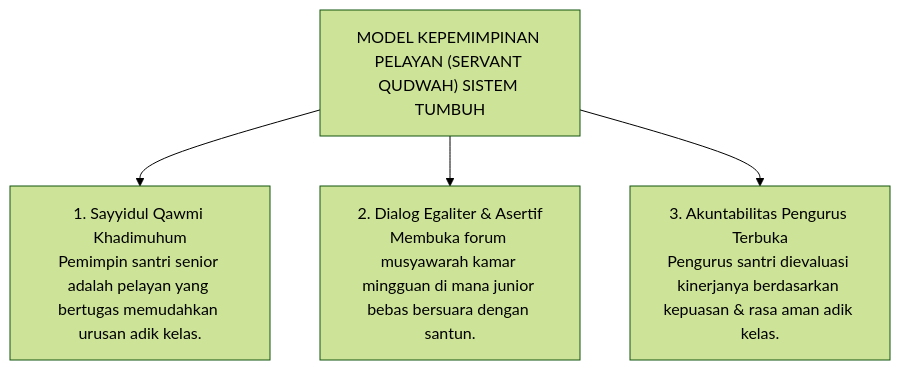
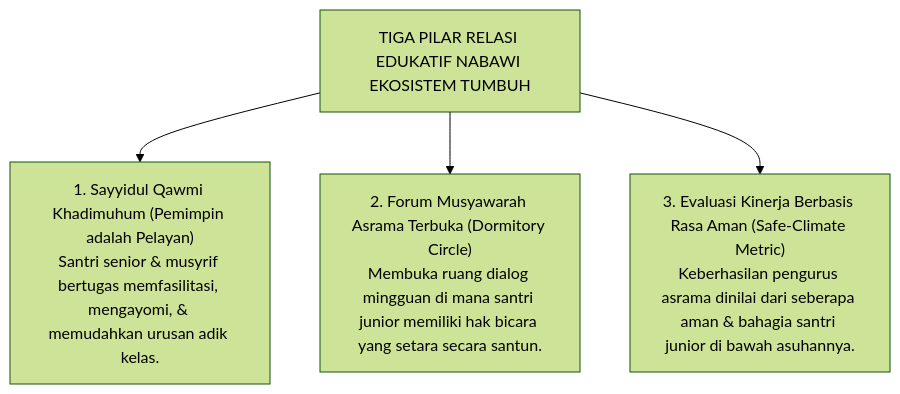
The third of 3 diagrams in BOOK-SERIES/Volume-01/Bab-04-Kritik-Feodalisme-dan-Distorsi-Tawadhu/01-Dekonstruksi-Relasi-Kuasa-Asimetris.md (wandiapriliyandi/tumbuh), drawn with Mermaid (forest theme) before and after one commit. The commit also changed other lines of this file and 24 other files, not shown here.

Commit message:
feat(book-01): perkaya dan perdalam seluruh isi subbab bab 02 s.d. 07 dengan elaborasi komprehensif, analisis mendalam, dan diagram alur lengkap

````diff
--- a/BOOK-SERIES/Volume-01/Bab-04-Kritik-Feodalisme-dan-Distorsi-Tawadhu/01-Dekonstruksi-Relasi-Kuasa-Asimetris.md
+++ b/BOOK-SERIES/Volume-01/Bab-04-Kritik-Feodalisme-dan-Distorsi-Tawadhu/01-Dekonstruksi-Relasi-Kuasa-Asimetris.md
@@ -68,10 +80,10 @@
 ```mermaid
 graph TD
-    RootServant["MODEL KEPEMIMPINAN PELAYAN (SERVANT QUDWAH) SISTEM TUMBUH"]
+    RootEgaliter["TIGA PILAR RELASI EDUKATIF NABAWI EKOSISTEM TUMBUH"]
     
-    RootServant --> S1["1. Sayyidul Qawmi Khadimuhum<br/>Pemimpin santri senior adalah pelayan yang bertugas memudahkan urusan adik kelas."]
+    RootEgaliter --> E1["1. Sayyidul Qawmi Khadimuhum (Pemimpin adalah Pelayan)<br/>Santri senior & musyrif bertugas memfasilitasi, mengayomi, & memudahkan urusan adik kelas."]
     
-    RootServant --> S2["2. Dialog Egaliter & Asertif<br/>Membuka forum musyawarah kamar mingguan di mana junior bebas bersuara dengan santun."]
+    RootEgaliter --> E2["2. Forum Musyawarah Asrama Terbuka (Dormitory Circle)<br/>Membuka ruang dialog mingguan di mana santri junior memiliki hak bicara yang setara secara santun."]
     
-    RootServant --> S3["3. Akuntabilitas Pengurus Terbuka<br/>Pengurus santri dievaluasi kinerjanya berdasarkan kepuasan & rasa aman adik kelas."]
+    RootEgaliter --> E3["3. Evaluasi Kinerja Berbasis Rasa Aman (Safe-Climate Metric)<br/>Keberhasilan pengurus asrama dinilai dari seberapa aman & bahagia santri junior di bawah asuhannya."]
 ```
````
